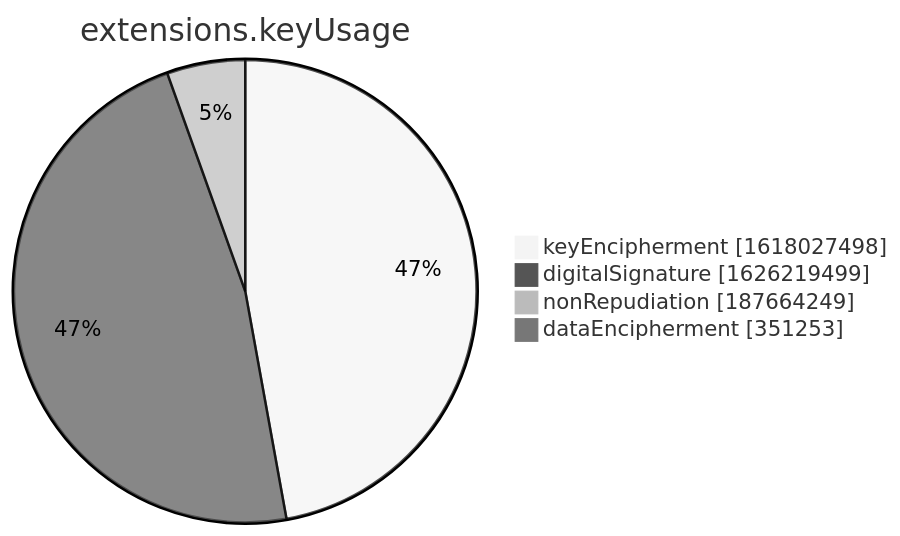
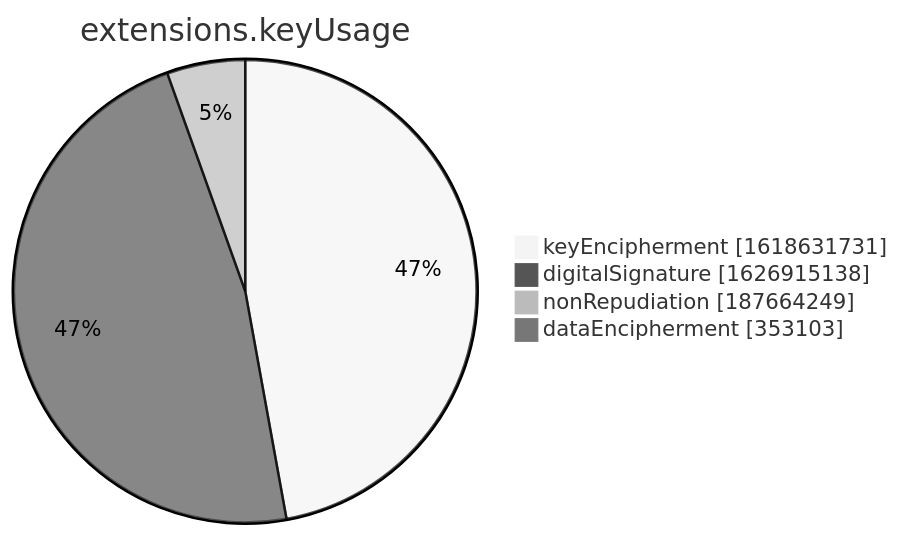
The seventh of 15 diagrams in xenon2022/README.md (christiankrug/ctmonitor_visualization), drawn with Mermaid (neutral theme) before and after one commit. The commit also changed other lines of this file, not shown here.

````diff
--- a/xenon2022/README.md
+++ b/xenon2022/README.md
@@ -2855,8 +2855,8 @@
 ```mermaid
 pie showData
 title extensions.keyUsage
-"keyEncipherment" :1618027498
-"digitalSignature" :1626219499
+"keyEncipherment" :1618631731
+"digitalSignature" :1626915138
 "nonRepudiation" :187664249
-"dataEncipherment" :351253
+"dataEncipherment" :353103
 ```
````
